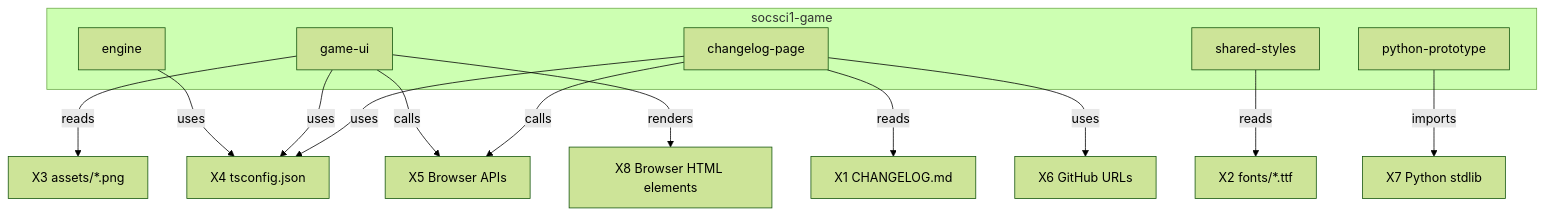
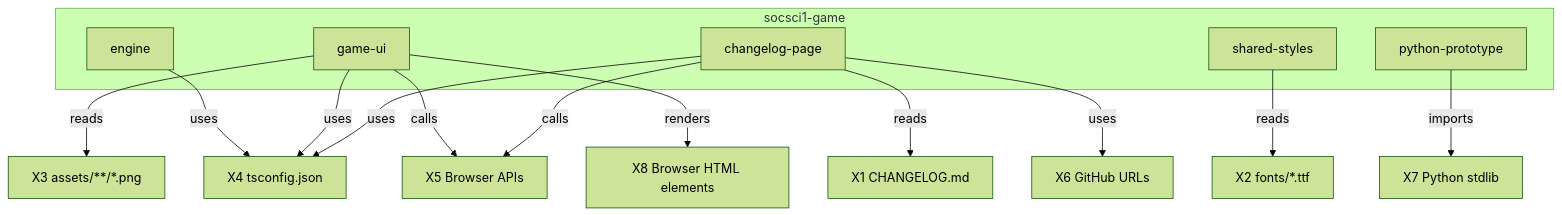
The first of 2 diagrams in docs/CODEMAP.md (Dev-020/socsci1-game), drawn with Mermaid (forest theme) before and after one commit. The commit also changed other lines of this file, not shown here.

````diff
--- a/docs/CODEMAP.md
+++ b/docs/CODEMAP.md
@@ -22,30 +22,30 @@
 ```mermaid
 flowchart TD
   subgraph system["socsci1-game"]
     game-ui
     changelog-page
     shared-styles
     engine
     python-prototype
   end
   X1["X1 CHANGELOG.md"]
   X2["X2 fonts/*.ttf"]
-  X3["X3 assets/*.png"]
+  X3["X3 assets/**/*.png"]
   X4["X4 tsconfig.json"]
   X5["X5 Browser APIs"]
   X6["X6 GitHub URLs"]
   X7["X7 Python stdlib"]
   X8["X8 Browser HTML elements"]
 
   changelog-page -->|reads| X1
   shared-styles -->|reads| X2
   game-ui -->|reads| X3
   engine -->|uses| X4
   game-ui -->|uses| X4
   changelog-page -->|uses| X4
   game-ui -->|calls| X5
   changelog-page -->|calls| X5
   changelog-page -->|uses| X6
   python-prototype -->|imports| X7
   game-ui -->|renders| X8
 ```
````
